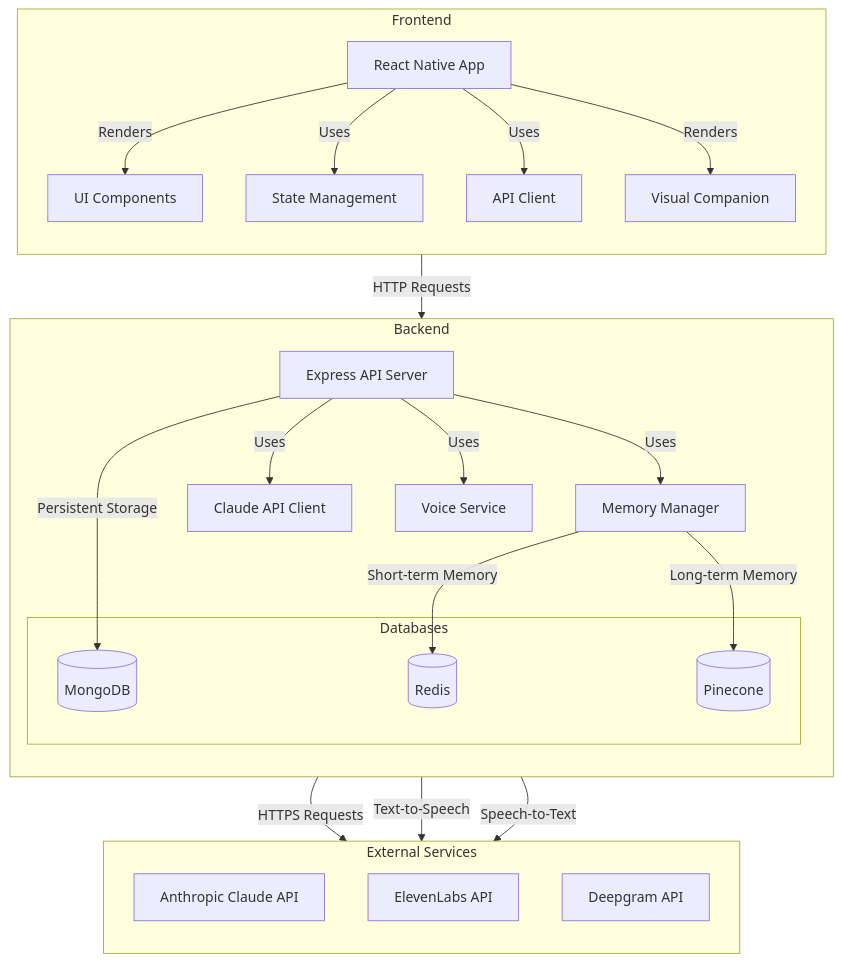
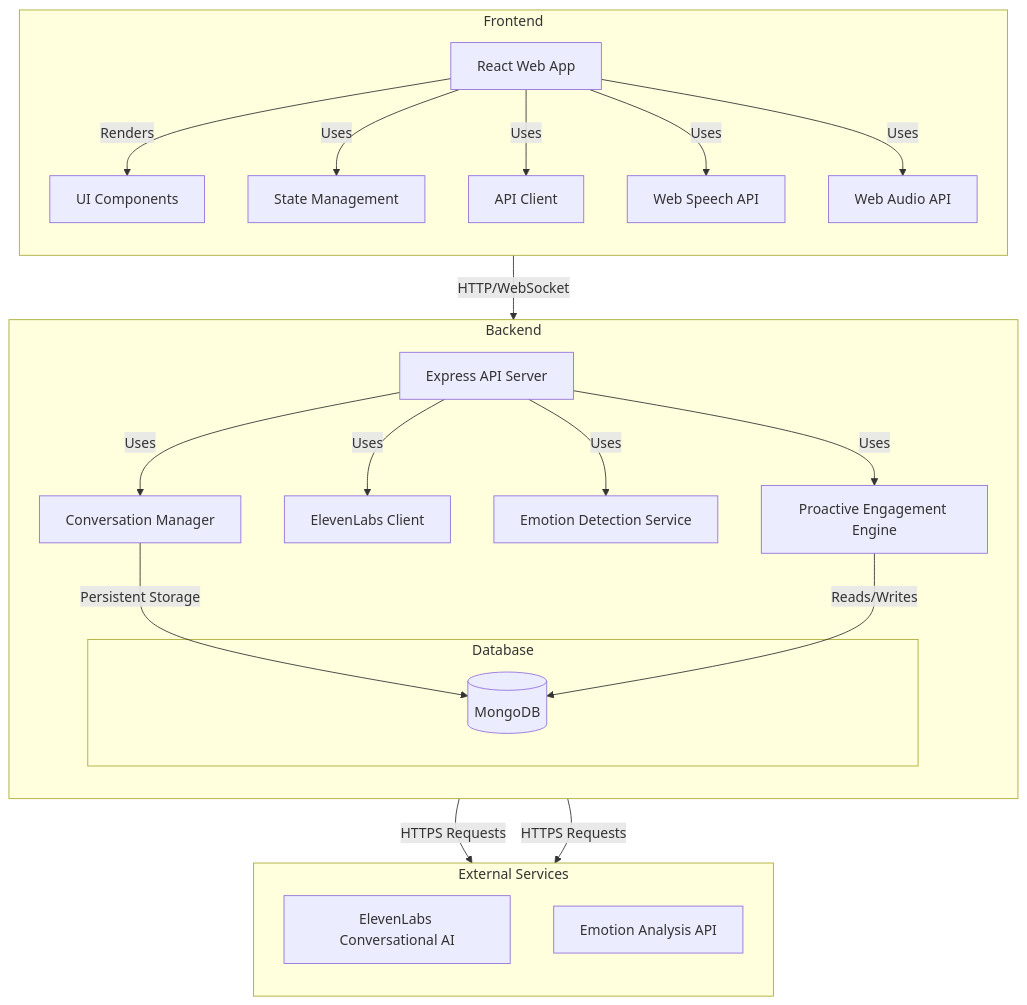
Before and after one commit to kazuki-shin/ambi: the diagram in docs/system-architecture/README.md, drawn with Mermaid. The commit also changed other lines of this file and 11 other files, not shown here.

````diff
--- a/docs/system-architecture/README.md
+++ b/docs/system-architecture/README.md
@@ -9,56 +9,55 @@
 ```mermaid
 graph TB
     subgraph Frontend
         direction TB
-        RNApp[React Native App]
+        WebApp[React Web App]
         UI[UI Components]
         StateMgmt[State Management]
         APIClient[API Client]
-        ThreeJS[Visual Companion]
+        WebSpeech[Web Speech API]
+        WebAudio[Web Audio API]
     end
 
     subgraph Backend
         direction TB
-        NodeAPI[Express API Server]
-        MemoryManager[Memory Manager]
-        ClaudeClient[Claude API Client]
-        VoiceService[Voice Service]
+        ExpressAPI[Express API Server]
+        ConversationManager[Conversation Manager]
+        ElevenLabsClient[ElevenLabs Client]
+        EmotionService[Emotion Detection Service]
+        ProactiveEngine[Proactive Engagement Engine]
         
-        subgraph Databases
+        subgraph Database
             MongoDB[(MongoDB)]
-            Redis[(Redis)]
-            Pinecone[(Pinecone)]
         end
     end
 
     subgraph External Services
         direction TB
-        ClaudeAPI[Anthropic Claude API]
-        ElevenLabsAPI[ElevenLabs API]
-        DeepgramAPI[Deepgram API]
+        ElevenLabsAPI[ElevenLabs Conversational AI]
+        EmotionAPI[Emotion Analysis API]
     end
 
     %% Frontend Interactions
-    RNApp -- Renders --> UI
-    RNApp -- Uses --> StateMgmt
-    RNApp -- Uses --> APIClient
-    RNApp -- Renders --> ThreeJS
+    WebApp -- Renders --> UI
+    WebApp -- Uses --> StateMgmt
+    WebApp -- Uses --> APIClient
+    WebApp -- Uses --> WebSpeech
+    WebApp -- Uses --> WebAudio
     
     %% API Interactions
-    APIClient -- HTTP Requests --> NodeAPI
+    APIClient -- HTTP/WebSocket --> ExpressAPI
     
     %% Backend Interactions
-    NodeAPI -- Uses --> MemoryManager
-    NodeAPI -- Uses --> ClaudeClient
-    NodeAPI -- Uses --> VoiceService
+    ExpressAPI -- Uses --> ConversationManager
+    ExpressAPI -- Uses --> ElevenLabsClient
+    ExpressAPI -- Uses --> EmotionService
+    ExpressAPI -- Uses --> ProactiveEngine
     
     %% Database Interactions
-    MemoryManager -- Short-term Memory --> Redis
-    MemoryManager -- Long-term Memory --> Pinecone
-    NodeAPI -- Persistent Storage --> MongoDB
+    ConversationManager -- Persistent Storage --> MongoDB
+    ProactiveEngine -- Reads/Writes --> MongoDB
     
     %% External Service Interactions
-    ClaudeClient -- HTTPS Requests --> ClaudeAPI
-    VoiceService -- Text-to-Speech --> ElevenLabsAPI
-    VoiceService -- Speech-to-Text --> DeepgramAPI
+    ElevenLabsClient -- HTTPS Requests --> ElevenLabsAPI
+    EmotionService -- HTTPS Requests --> EmotionAPI
 ```
````
